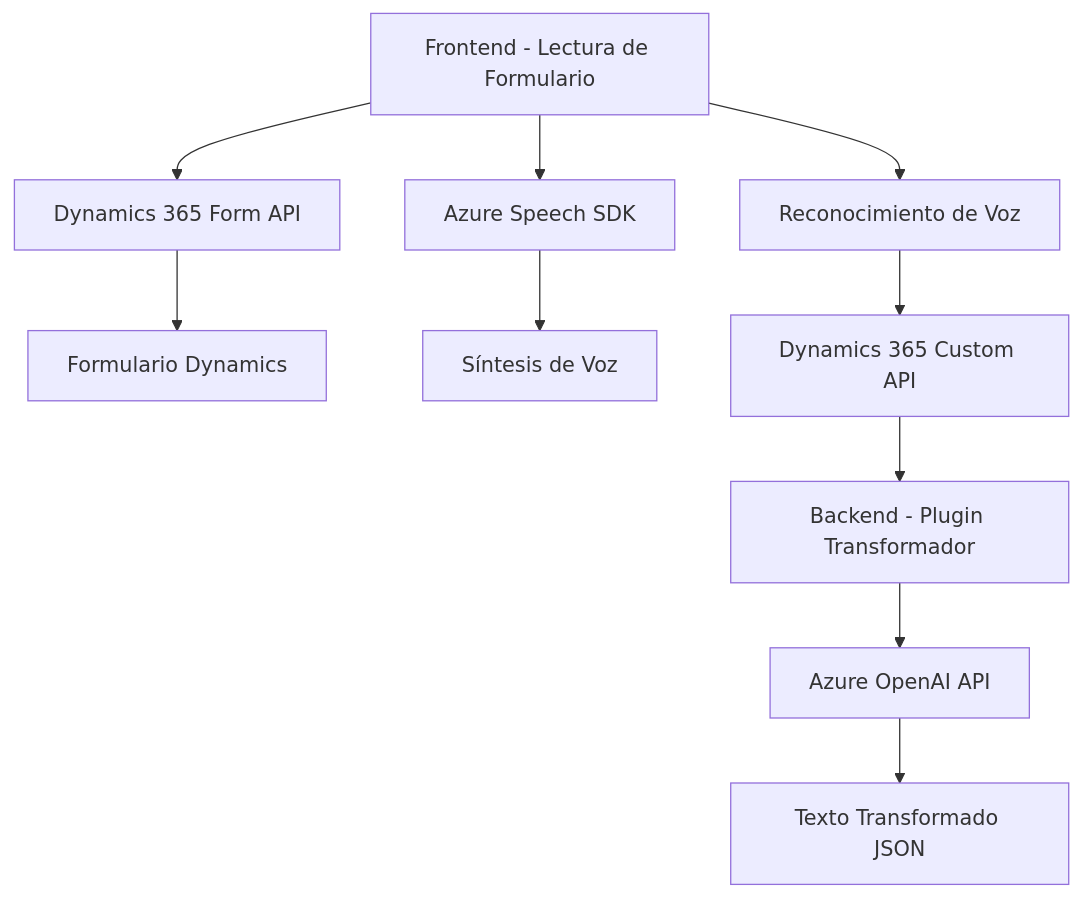
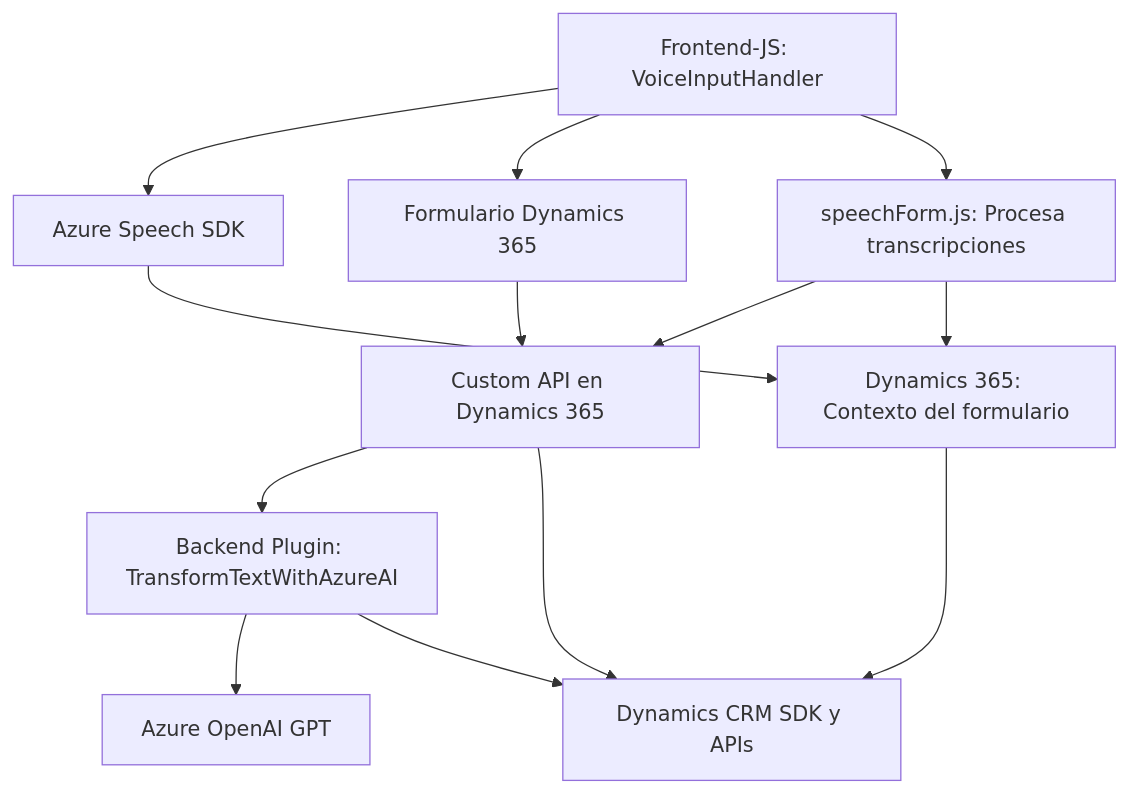
The diagram in README.md (blopezdm/NETCORE_BILBAO2025), drawn with Mermaid before and after one commit. The commit also changed other lines of this file, not shown here.

````diff
--- a/README.md
+++ b/README.md
@@ -37,12 +39,15 @@
 ```mermaid
 graph TD
-    A["Frontend - Lectura de Formulario"] --> B["Azure Speech SDK"]
-    A --> C["Dynamics 365 Form API"]
-    C --> D["Formulario Dynamics"]
-    B --> E["Síntesis de Voz"]
-    A --> F["Reconocimiento de Voz"]
-    F --> G["Dynamics 365 Custom API"]
-    G --> H["Backend - Plugin Transformador"]
-    H --> I["Azure OpenAI API"]
-    I --> J["Texto Transformado JSON"]
+    A["Frontend-JS: VoiceInputHandler"] --> B["Azure Speech SDK"]
+    A --> C["Formulario Dynamics 365"]
+    C --> D["Custom API en Dynamics 365"]
+    A --> E["speechForm.js: Procesa transcripciones"]
+    B --> F["Dynamics 365: Contexto del formulario"]
+    E --> D
+    E --> F
+    D --> G["Backend Plugin: TransformTextWithAzureAI"]
+    G --> H["Azure OpenAI GPT"]
+    G --> I["Dynamics CRM SDK y APIs"]
+    D --> I
+    F --> I
 ```
````
